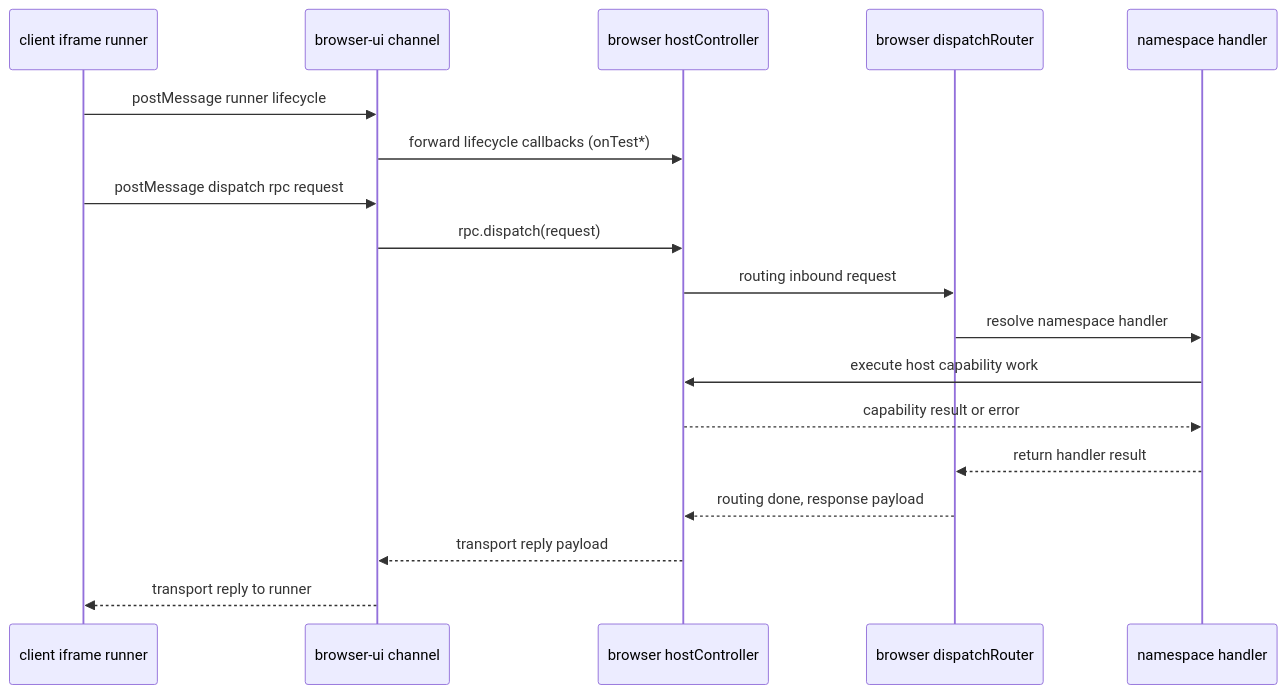
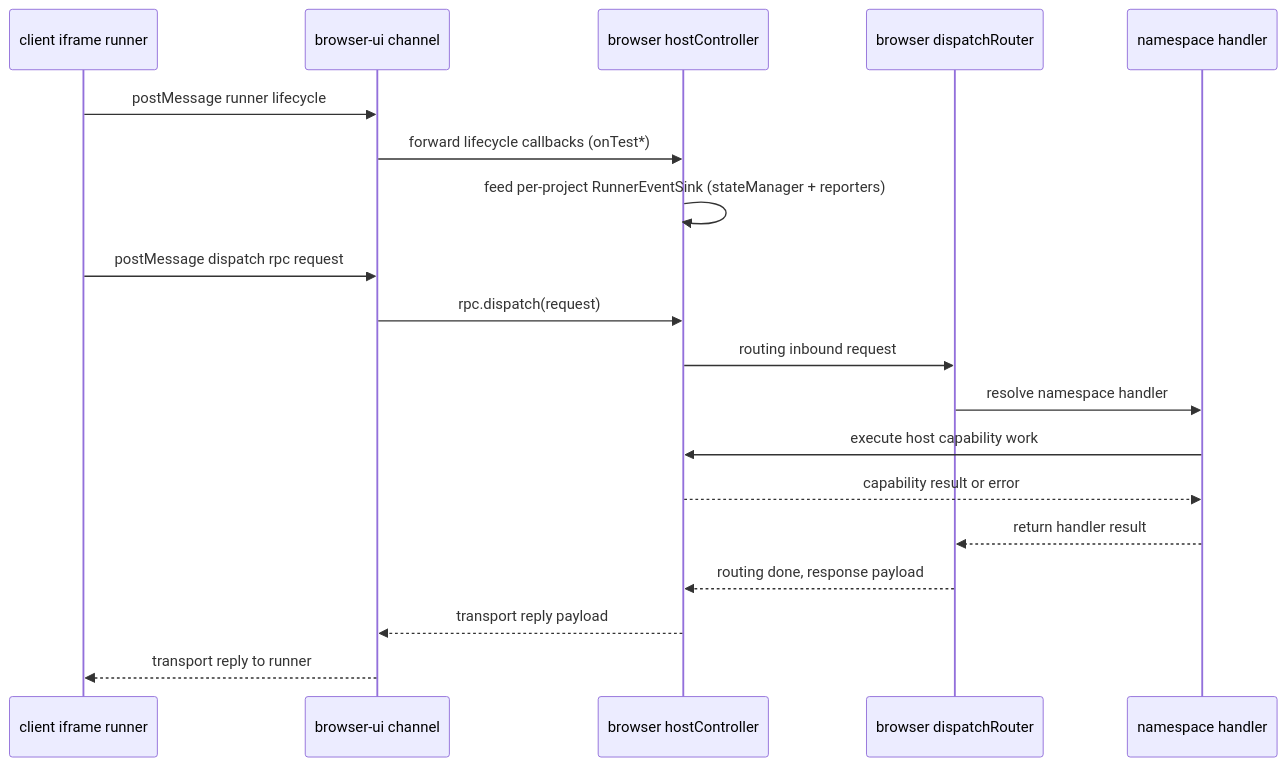
One commit to web-infra-dev/rstest changed the third of 5 diagrams in packages/browser/src/AGENTS.md. Above: the diagram before and after it, drawn with Mermaid. The commit also changed other lines of this file and 76 other files, not shown here.

````diff
--- a/packages/browser/src/AGENTS.md
+++ b/packages/browser/src/AGENTS.md
@@ -74,22 +89,23 @@
 ```mermaid
 sequenceDiagram
   participant Runner as client iframe runner
   participant Container as browser-ui channel
   participant Host as browser hostController
   participant Router as browser dispatchRouter
   participant Handler as namespace handler
 
   Runner->>Container: postMessage runner lifecycle
   Container->>Host: forward lifecycle callbacks (onTest*)
+  Host->>Host: feed per-project RunnerEventSink (stateManager + reporters)
 
   Runner->>Container: postMessage dispatch rpc request
   Container->>Host: rpc.dispatch(request)
   Host->>Router: routing inbound request
   Router->>Handler: resolve namespace handler
   Handler->>Host: execute host capability work
   Host-->>Handler: capability result or error
   Handler-->>Router: return handler result
   Router-->>Host: routing done, response payload
   Host-->>Container: transport reply payload
   Container-->>Runner: transport reply to runner
 ```
````
